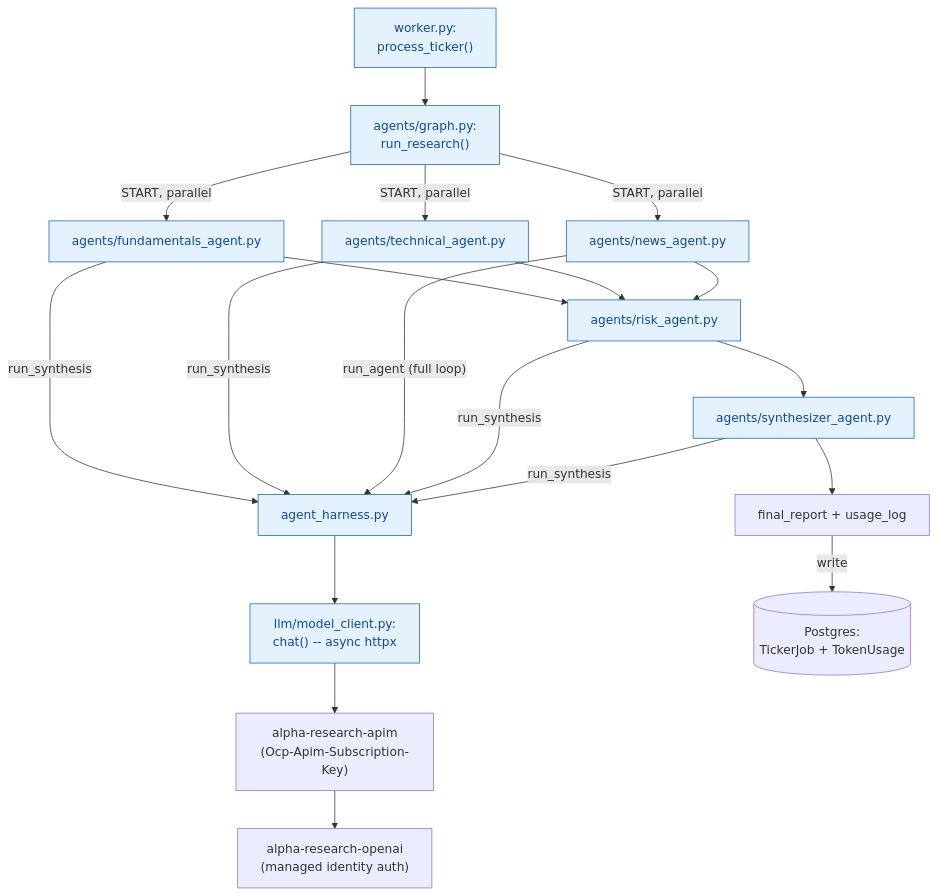
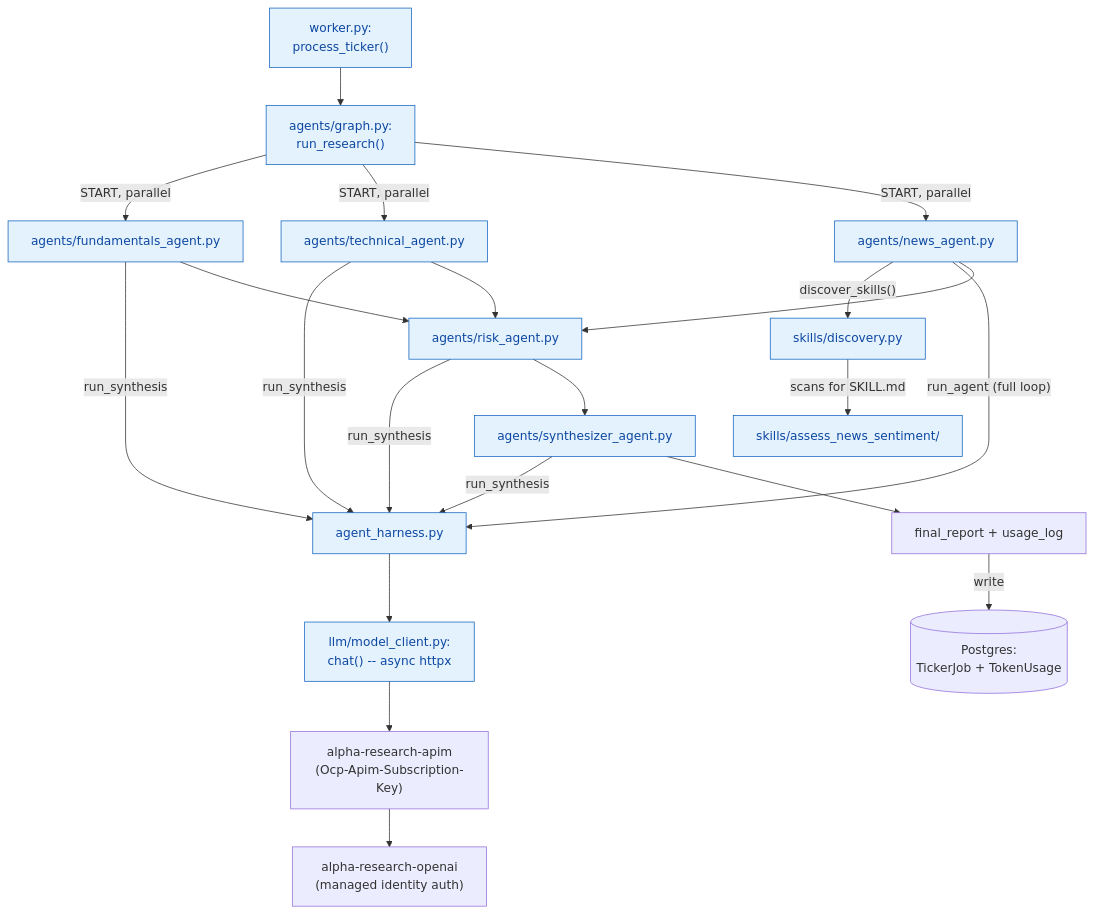
Before and after one commit to jovinod/agenticAI: the second of 6 diagrams in book/chapter-05-multi-agent.md, drawn with Mermaid. The commit also changed other lines of this file and 3 other files, not shown here.

````diff
--- a/book/chapter-05-multi-agent.md
+++ b/book/chapter-05-multi-agent.md
@@ -220,28 +257,30 @@
 ```mermaid
 flowchart TD
     WorkerPy["worker.py:<br/>process_ticker()"] --> Graph["agents/graph.py:<br/>run_research()"]
 
     Graph -->|"START, parallel"| Fund["agents/fundamentals_agent.py"]
     Graph -->|"START, parallel"| Tech["agents/technical_agent.py"]
     Graph -->|"START, parallel"| News["agents/news_agent.py"]
+    News -->|"discover_skills()"| Discovery["skills/discovery.py"]
+    Discovery -->|"scans for SKILL.md"| SkillFile["skills/assess_news_sentiment/"]
 
     Fund -->|"run_synthesis"| Harness["agent_harness.py"]
     Tech -->|"run_synthesis"| Harness
     News -->|"run_agent (full loop)"| Harness
     Harness --> ModelClient["llm/model_client.py:<br/>chat() -- async httpx"]
     ModelClient --> APIM["alpha-research-apim<br/>(Ocp-Apim-Subscription-Key)"]
     APIM --> Foundry["alpha-research-openai<br/>(managed identity auth)"]
 
     Fund --> Risk["agents/risk_agent.py"]
     Tech --> Risk
     News --> Risk
     Risk -->|"run_synthesis"| Harness
 
     Risk --> Synth["agents/synthesizer_agent.py"]
     Synth -->|"run_synthesis"| Harness
     Synth --> Report["final_report + usage_log"]
     Report -->|"write"| PG[("Postgres:<br/>TickerJob + TokenUsage")]
 
     classDef file fill:#e3f2fd,stroke:#1565c0,color:#0d47a1
-    class WorkerPy,Graph,Fund,Tech,News,Risk,Synth,Harness,ModelClient file
+    class WorkerPy,Graph,Fund,Tech,News,Risk,Synth,Harness,ModelClient,Discovery,SkillFile file
 ```
````
